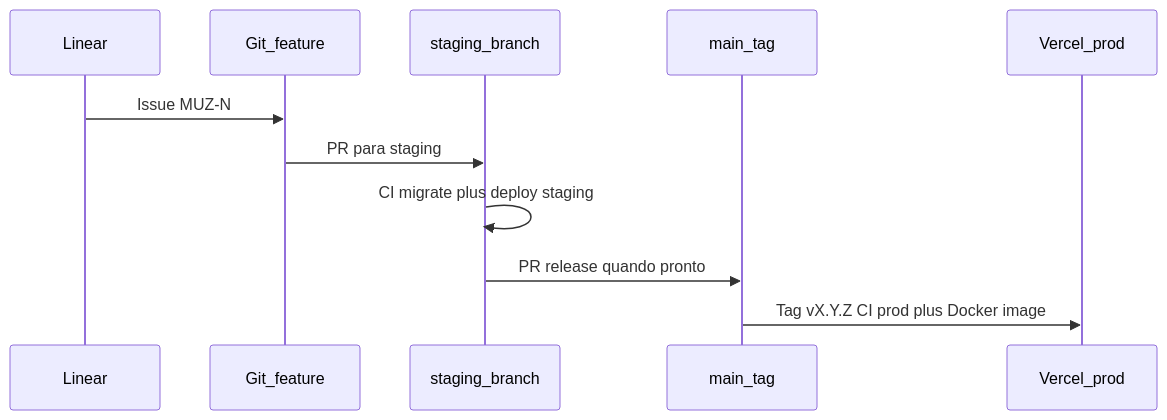
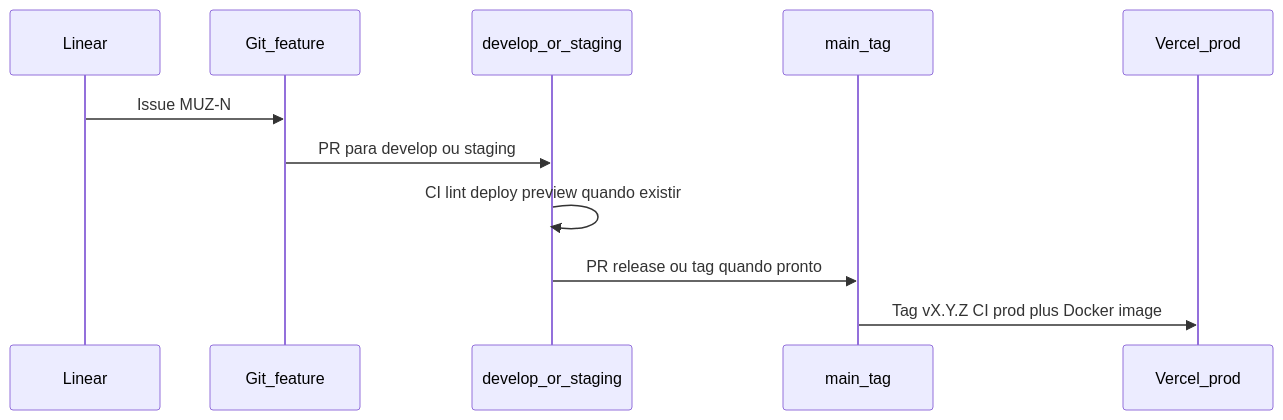
One commit to LucasArgate/muziks changed the diagram in docs/tech/PROCESSO-DESENVOLVIMENTO.md. Above: the diagram before and after it, drawn with Mermaid. The commit also changed other lines of this file and 5 other files, not shown here.

````diff
--- a/docs/tech/PROCESSO-DESENVOLVIMENTO.md
+++ b/docs/tech/PROCESSO-DESENVOLVIMENTO.md
@@ -160,14 +202,14 @@
 ```mermaid
 sequenceDiagram
   participant L as Linear
   participant G as Git_feature
-  participant S as staging_branch
+  participant D as develop_or_staging
   participant M as main_tag
   participant V as Vercel_prod
 
   L->>G: Issue MUZ-N
-  G->>S: PR para staging
-  S->>S: CI migrate plus deploy staging
-  S->>M: PR release quando pronto
+  G->>D: PR para develop ou staging
+  D->>D: CI lint deploy preview quando existir
+  D->>M: PR release ou tag quando pronto
   M->>V: Tag vX.Y.Z CI prod plus Docker image
 ```
````
